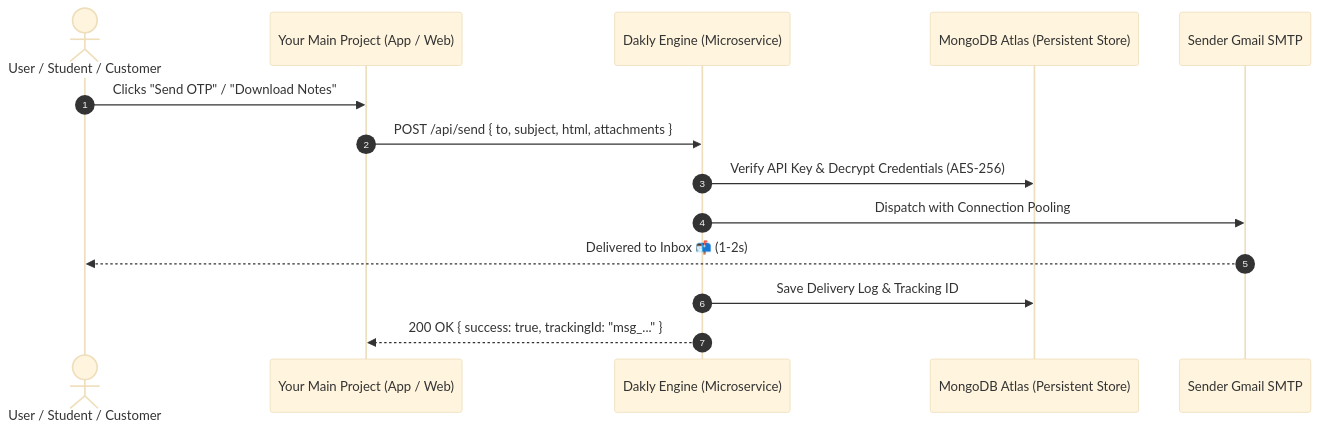
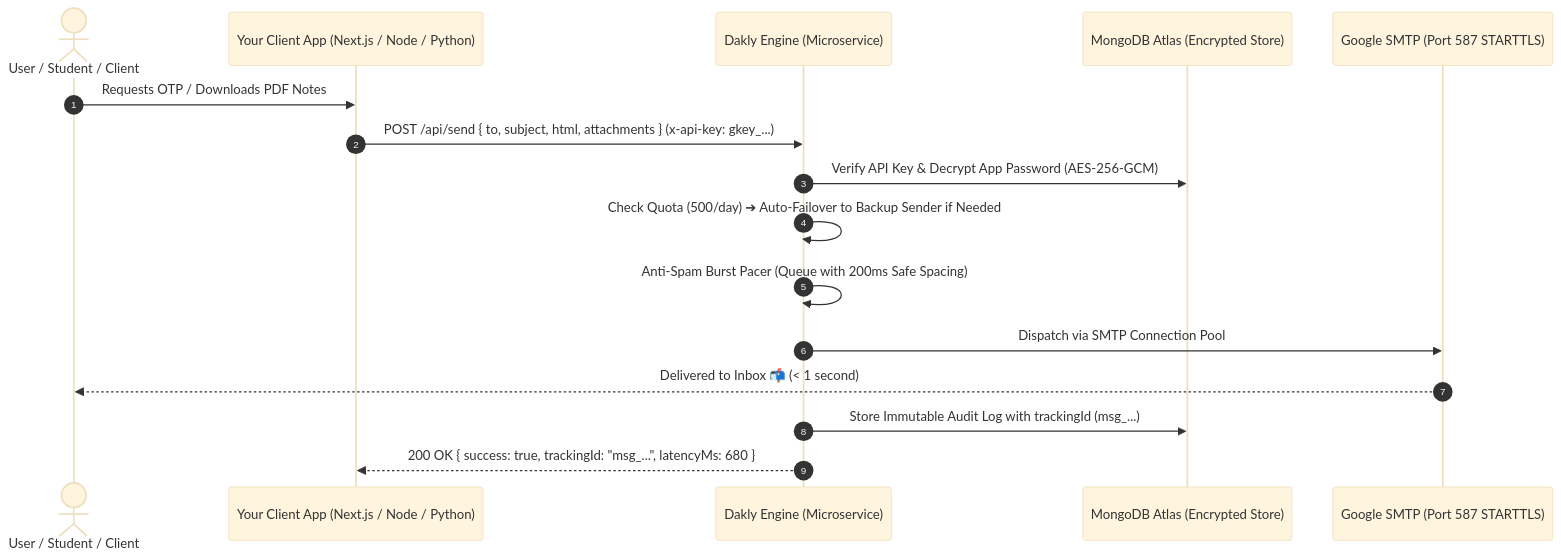
The diagram in README.md (parthpatil1234p-svg/Dakly), drawn with Mermaid (base theme) before and after one commit. The commit also changed other lines of this file, not shown here.

Commit message:
docs: comprehensive developer guide with quickstart, API reference, multi-language snippets, and architecture

````diff
--- a/README.md
+++ b/README.md
@@ -22,17 +26,19 @@
 ```mermaid
 sequenceDiagram
     autonumber
-    actor User as User / Student / Customer
-    participant App as Your Main Project (App / Web)
+    actor User as User / Student / Client
+    participant App as Your Client App (Next.js / Node / Python)
     participant Dakly as Dakly Engine (Microservice)
-    participant DB as MongoDB Atlas (Persistent Store)
-    participant SMTP as Sender Gmail SMTP
-    
-    User->>App: Clicks "Send OTP" / "Download Notes"
-    App->>Dakly: POST /api/send { to, subject, html, attachments }
-    Dakly->>DB: Verify API Key & Decrypt Credentials (AES-256)
-    Dakly->>SMTP: Dispatch with Connection Pooling
-    SMTP-->>User: Delivered to Inbox 📬 (1-2s)
-    Dakly->>DB: Save Delivery Log & Tracking ID
-    Dakly-->>App: 200 OK { success: true, trackingId: "msg_..." }
+    participant DB as MongoDB Atlas (Encrypted Store)
+    participant Gmail as Google SMTP (Port 587 STARTTLS)
+
+    User->>App: Requests OTP / Downloads PDF Notes
+    App->>Dakly: POST /api/send { to, subject, html, attachments } (x-api-key: gkey_...)
+    Dakly->>DB: Verify API Key & Decrypt App Password (AES-256-GCM)
+    Dakly->>Dakly: Check Quota (500/day) ➔ Auto-Failover to Backup Sender if Needed
+    Dakly->>Dakly: Anti-Spam Burst Pacer (Queue with 200ms Safe Spacing)
+    Dakly->>Gmail: Dispatch via SMTP Connection Pool
+    Gmail-->>User: Delivered to Inbox 📬 (< 1 second)
+    Dakly->>DB: Store Immutable Audit Log with trackingId (msg_...)
+    Dakly-->>App: 200 OK { success: true, trackingId: "msg_...", latencyMs: 680 }
 ```
````
